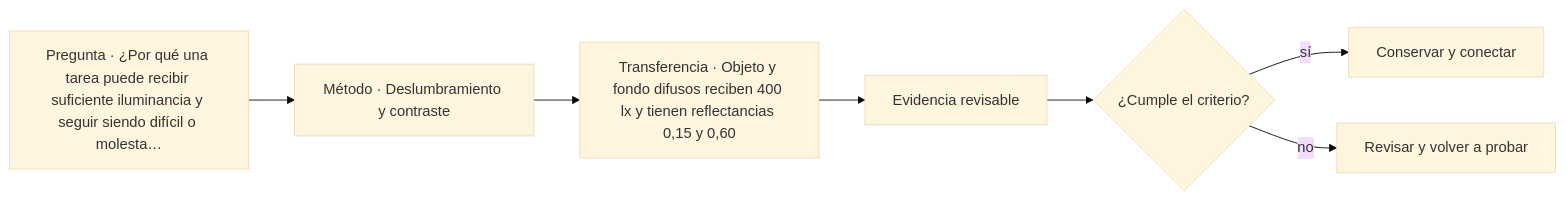
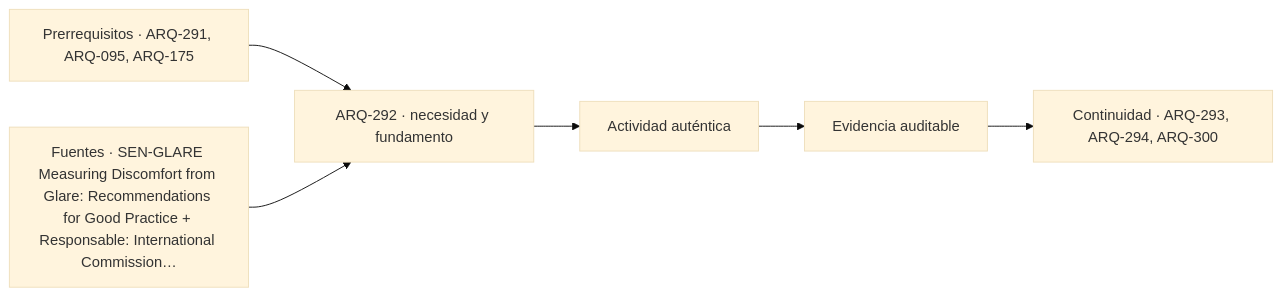
The diagram in classes/parte-30/ARQ-292.md (vladimiracunadev-create/architecture-built-environment-learning-program), drawn with Mermaid (base theme) before and after one commit. The commit also changed other lines of this file and 761 other files, not shown here.

````diff
--- a/classes/parte-30/ARQ-292.md
+++ b/classes/parte-30/ARQ-292.md
@@ -99,9 +111,8 @@
 ```mermaid
 flowchart LR
-    Q["Pregunta · ¿Por qué una tarea puede recibir suficiente iluminancia y seguir siendo difícil o molesta…"] --> M["Método · Deslumbramiento y contraste"]
-    M --> P["Transferencia · Objeto y fondo difusos reciben 400 lx y tienen reflectancias 0,15 y 0,60"]
-    P --> E["Evidencia revisable"]
-    E --> C{"¿Cumple el criterio?"}
-    C -->|sí| T["Conservar y conectar"]
-    C -->|no| R["Revisar y volver a probar"]
+    A["Prerrequisitos · ARQ-291, ARQ-095, ARQ-175"] --> B["ARQ-292 · necesidad y fundamento"]
+    S["Fuentes · SEN-GLARE Measuring Discomfort from Glare: Recommendations for Good Practice + Responsable: International Commission…"] --> B
+    B --> C["Actividad auténtica"]
+    C --> D["Evidencia auditable"]
+    D --> E["Continuidad · ARQ-293, ARQ-294, ARQ-300"]
 ```
````
